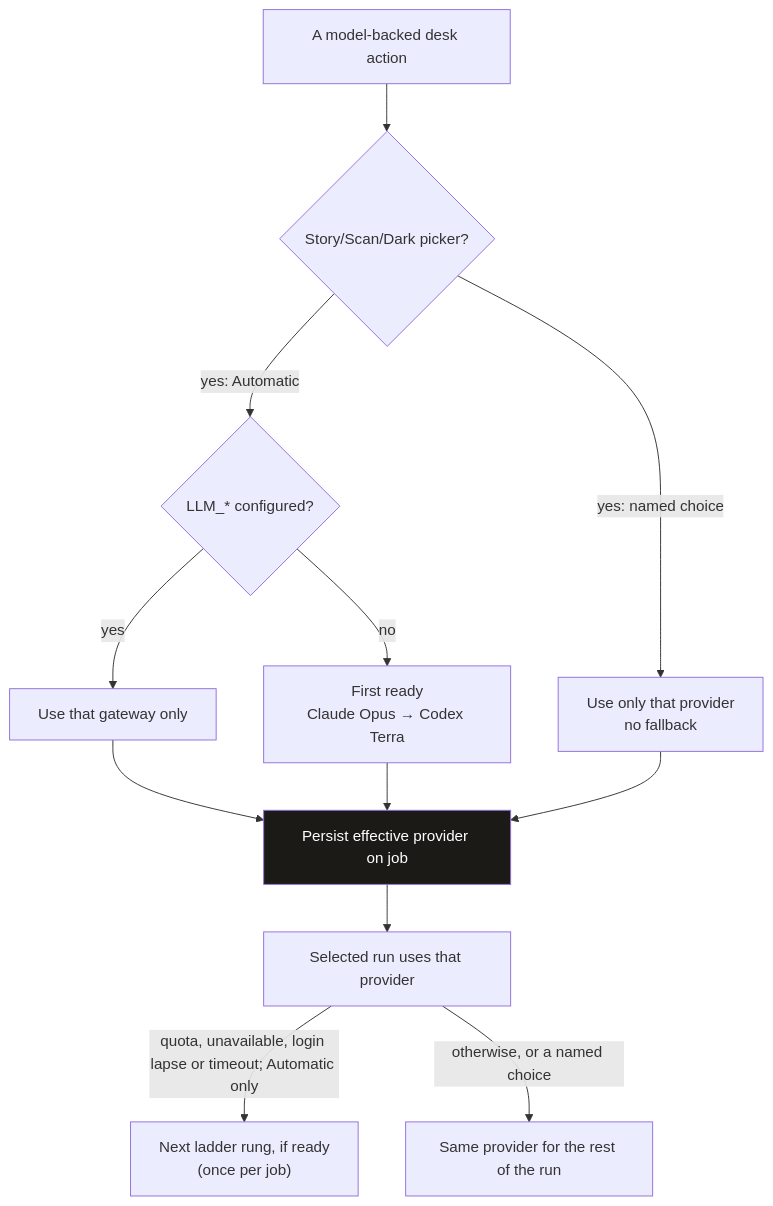
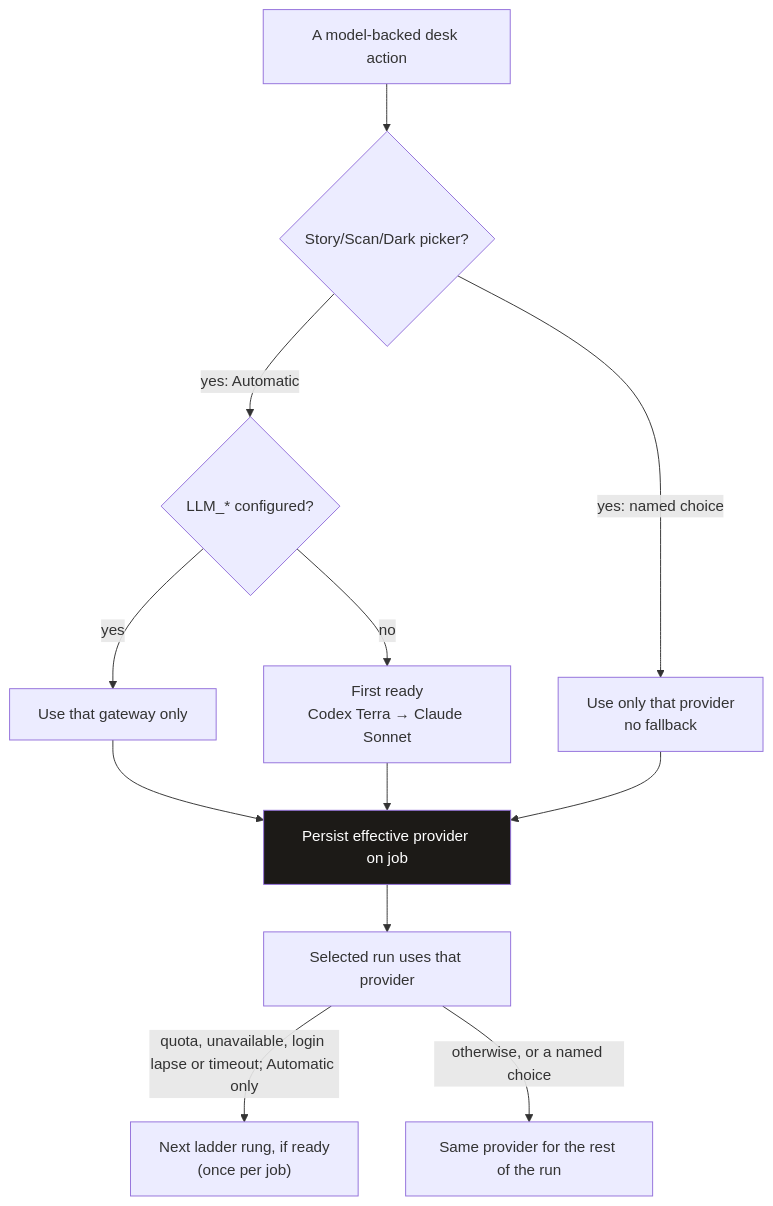
One commit to scottconverse/TownReporter changed the eighth of 8 diagrams in docs/manual.md. Above: the diagram before and after it, drawn with Mermaid. The commit also changed other lines of this file and 31 other files, not shown here.

````diff
--- a/docs/manual.md
+++ b/docs/manual.md
@@ -1025,16 +1024,16 @@
 ```mermaid
 flowchart TB
     CALL["A model-backed desk action"] --> KIND{"Story/Scan/Dark picker?"}
     KIND -->|yes: Automatic| Q1{"LLM_* configured?"}
     Q1 -->|yes| OAI["Use that gateway only"]
-    Q1 -->|no| READY["First ready<br/>Claude Opus → Codex Terra"]
+    Q1 -->|no| READY["First ready<br/>Codex Terra → Claude Sonnet"]
     KIND -->|yes: named choice| ONE["Use only that provider<br/>no fallback"]
     OAI --> SAVE["Persist effective provider on job"]
     READY --> SAVE
     ONE --> SAVE
     SAVE --> RUN["Selected run uses that provider"]
     RUN -->|quota, unavailable, login lapse or timeout; Automatic only| NEXT["Next ladder rung, if ready<br/>(once per job)"]
     RUN -->|otherwise, or a named choice| SAME["Same provider for the rest of the run"]
 
     style SAVE fill:#1c1a17,color:#fff
 ```
````
